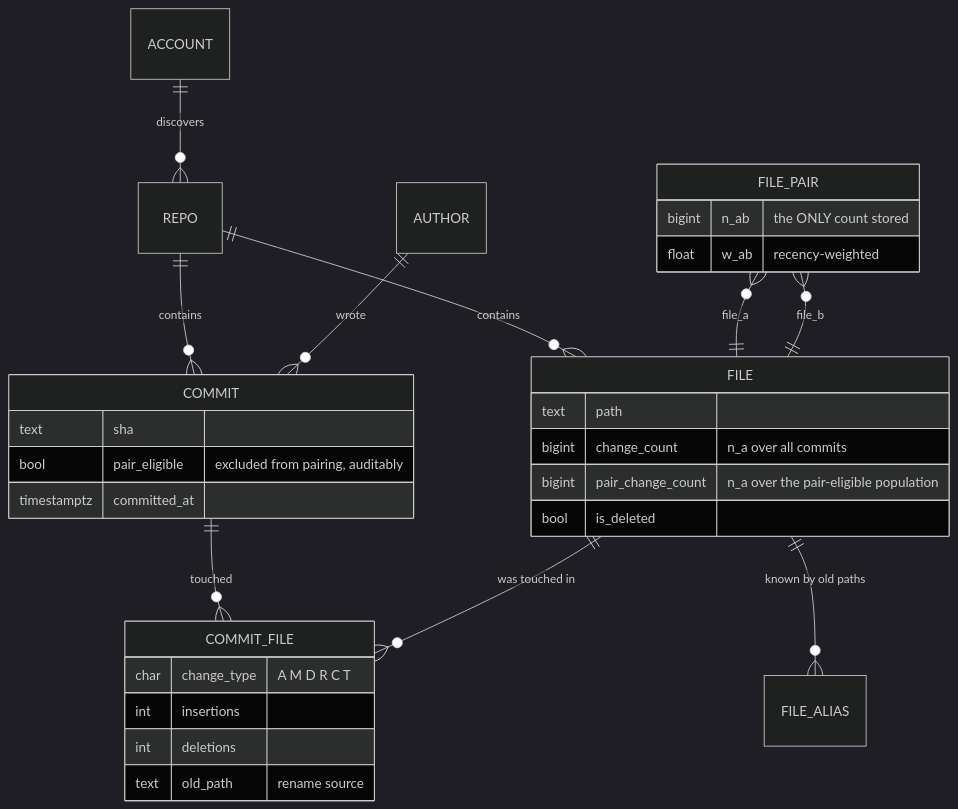
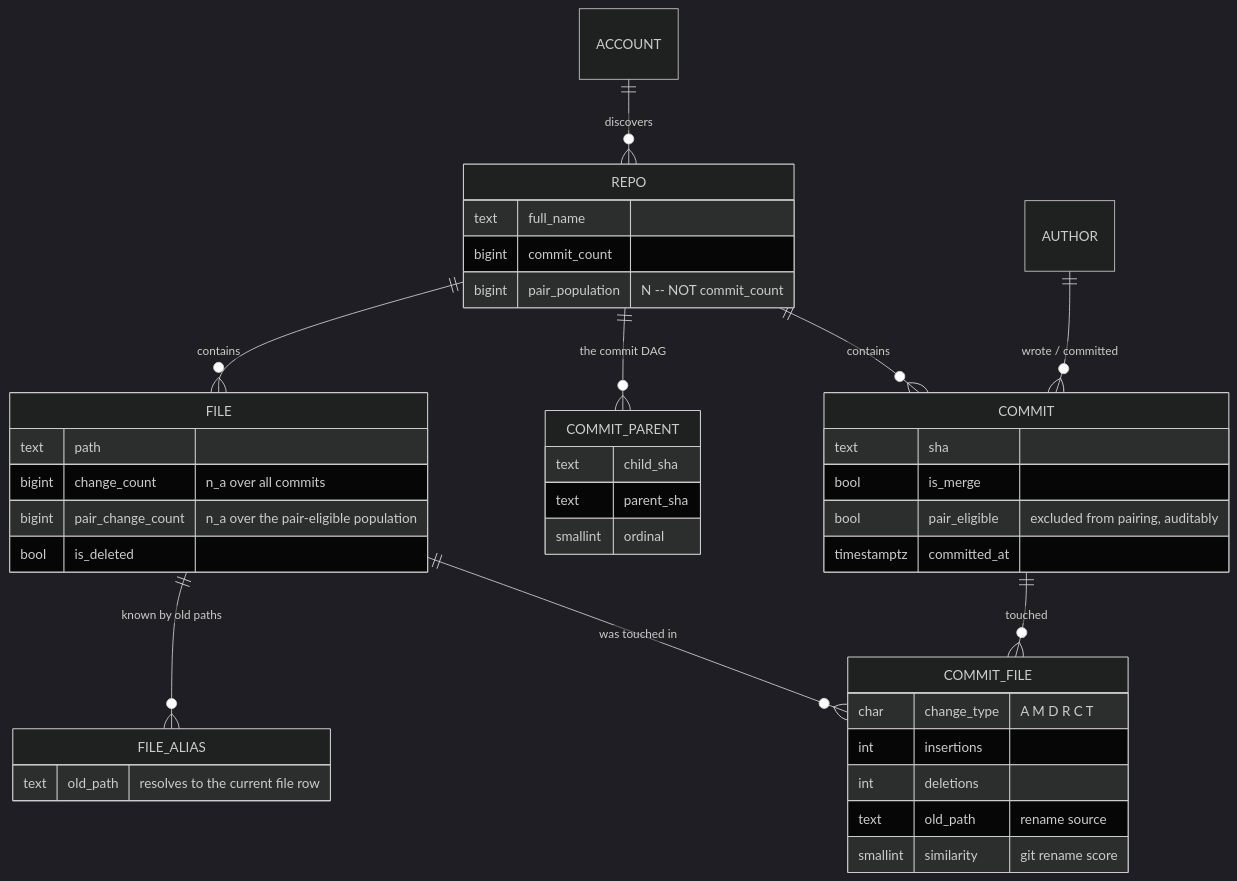
One commit to kirankn8/git-synapse changed the third of 8 diagrams in README.md. Above: the diagram before and after it, drawn with Mermaid (dark theme). The commit also changed other lines of this file, not shown here.

First line of the commit message:
Diagram every table, and verify the relationships against the schema

````diff
--- a/README.md
+++ b/README.md
@@ -395,34 +395,44 @@
 ```mermaid
 erDiagram
     ACCOUNT ||--o{ REPO : discovers
     REPO    ||--o{ COMMIT : contains
+    REPO    ||--o{ COMMIT_PARENT : "the commit DAG"
     REPO    ||--o{ FILE : contains
-    COMMIT  ||--o{ COMMIT_FILE : "touched"
+    AUTHOR  ||--o{ COMMIT : "wrote / committed"
+    COMMIT  ||--o{ COMMIT_FILE : touched
     FILE    ||--o{ COMMIT_FILE : "was touched in"
     FILE    ||--o{ FILE_ALIAS : "known by old paths"
-    AUTHOR  ||--o{ COMMIT : wrote
-    FILE_PAIR }o--|| FILE : "file_a"
-    FILE_PAIR }o--|| FILE : "file_b"
 
     COMMIT {
         text sha
+        bool is_merge
         bool pair_eligible "excluded from pairing, auditably"
         timestamptz committed_at
     }
     COMMIT_FILE {
         char change_type "A M D R C T"
         int insertions
         int deletions
         text old_path "rename source"
+        smallint similarity "git rename score"
     }
     FILE {
         text path
         bigint change_count "n_a over all commits"
         bigint pair_change_count "n_a over the pair-eligible population"
         bool is_deleted
     }
-    FILE_PAIR {
-        bigint n_ab "the ONLY count stored"
-        float w_ab "recency-weighted"
+    REPO {
+        text full_name
+        bigint commit_count
+        bigint pair_population "N -- NOT commit_count"
+    }
+    COMMIT_PARENT {
+        text child_sha
+        text parent_sha
+        smallint ordinal
+    }
+    FILE_ALIAS {
+        text old_path "resolves to the current file row"
     }
 ```
````
